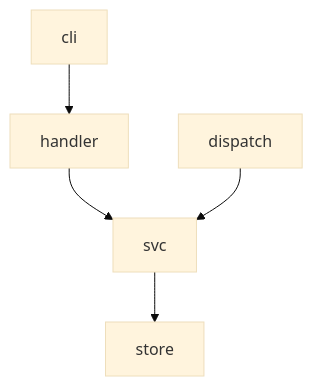
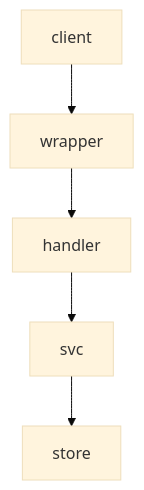
The fourth of 4 diagrams in openspec/changes/finish-manual-locks-namespace-locks/design.md (OpenDustpan/OpenDustpan), drawn with Mermaid (base theme) before and after one commit. The commit also changed other lines of this file and 3 other files, not shown here.

````diff
--- a/openspec/changes/finish-manual-locks-namespace-locks/design.md
+++ b/openspec/changes/finish-manual-locks-namespace-locks/design.md
@@ -61,7 +85,7 @@
 ```mermaid
 flowchart TB
-cli-->handler
+client-->wrapper
+wrapper-->handler
 handler-->svc
-dispatch-->svc
 svc-->store
 ```
````
